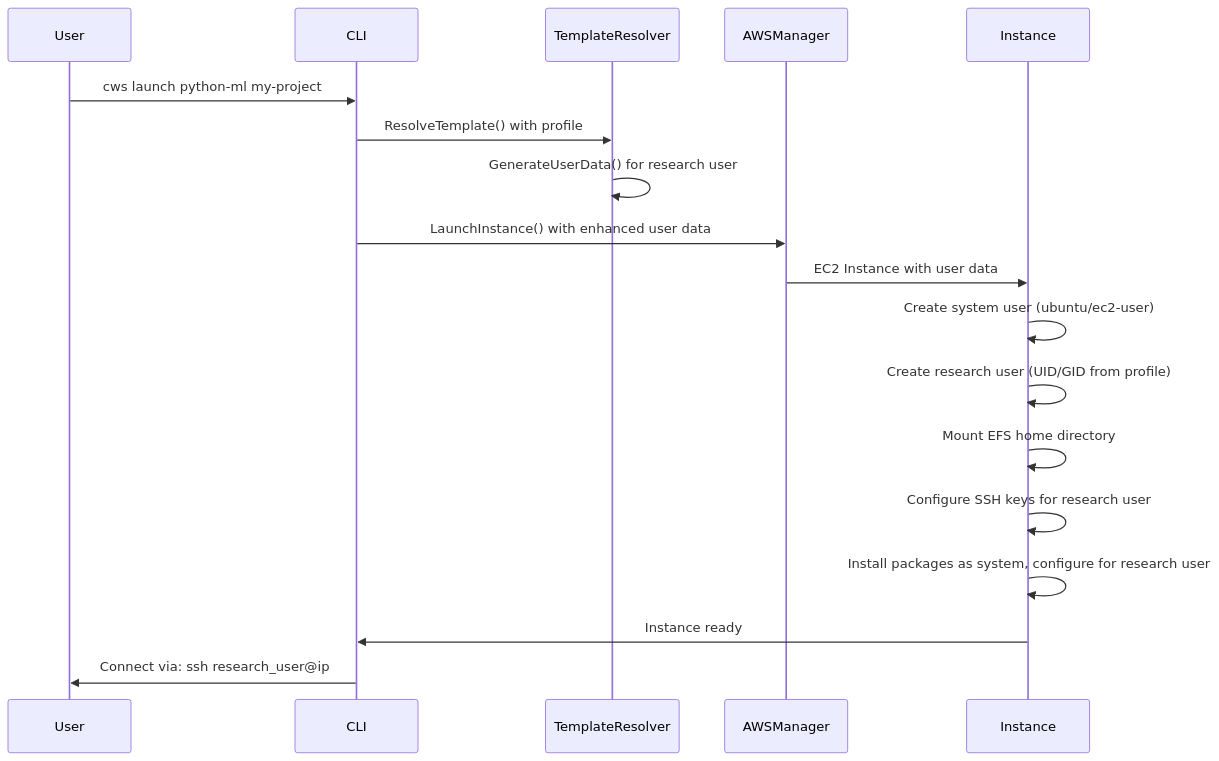
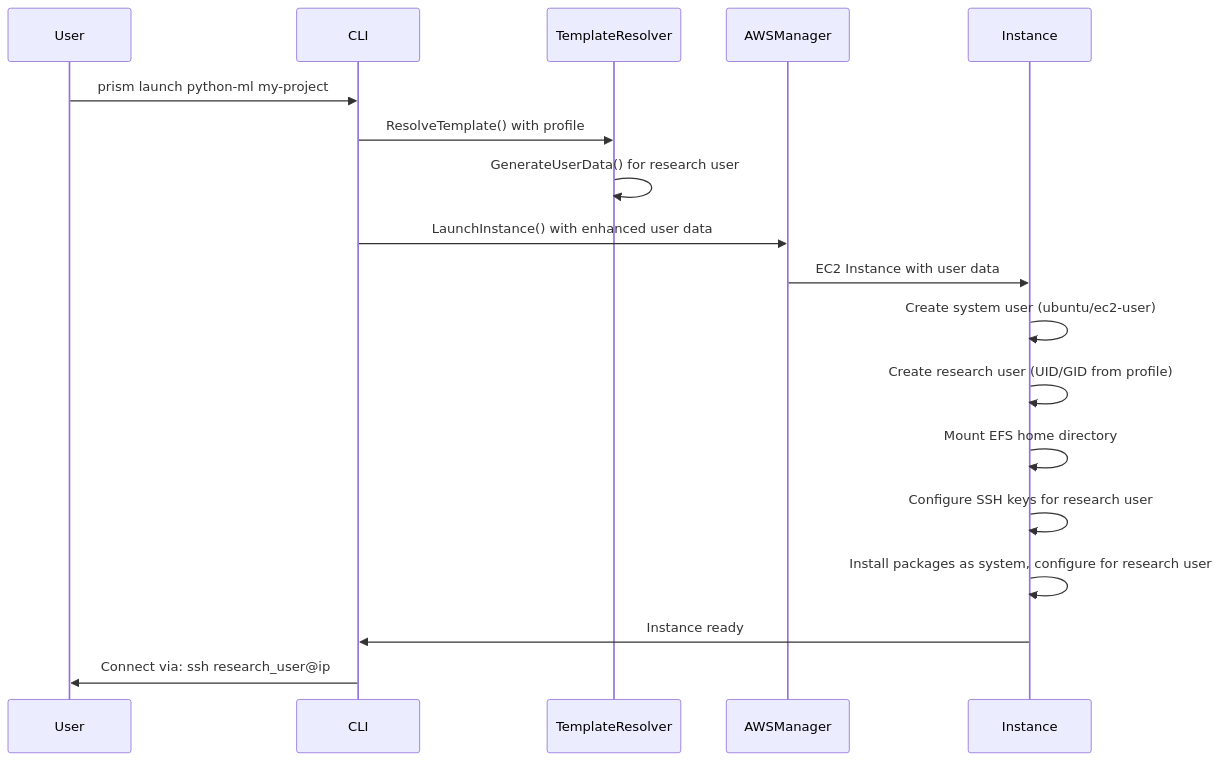
The second of 2 diagrams in docs/architecture/RESEARCH_USER_ARCHITECTURE.md (scttfrdmn/prism), drawn with Mermaid before and after one commit. The commit also changed other lines of this file and 319 other files, not shown here.

````diff
--- a/docs/architecture/RESEARCH_USER_ARCHITECTURE.md
+++ b/docs/architecture/RESEARCH_USER_ARCHITECTURE.md
@@ -143,22 +143,22 @@
 ```mermaid
 sequenceDiagram
     participant User
     participant CLI
     participant TemplateResolver
     participant AWSManager
     participant Instance
     
-    User->>CLI: cws launch python-ml my-project
+    User->>CLI: prism launch python-ml my-project
     CLI->>TemplateResolver: ResolveTemplate() with profile
     TemplateResolver->>TemplateResolver: GenerateUserData() for research user
     CLI->>AWSManager: LaunchInstance() with enhanced user data
     
     AWSManager->>Instance: EC2 Instance with user data
     Instance->>Instance: Create system user (ubuntu/ec2-user)
     Instance->>Instance: Create research user (UID/GID from profile)
     Instance->>Instance: Mount EFS home directory
     Instance->>Instance: Configure SSH keys for research user
     Instance->>Instance: Install packages as system, configure for research user
     Instance->>CLI: Instance ready
     CLI->>User: Connect via: ssh research_user@ip
 ```
````
